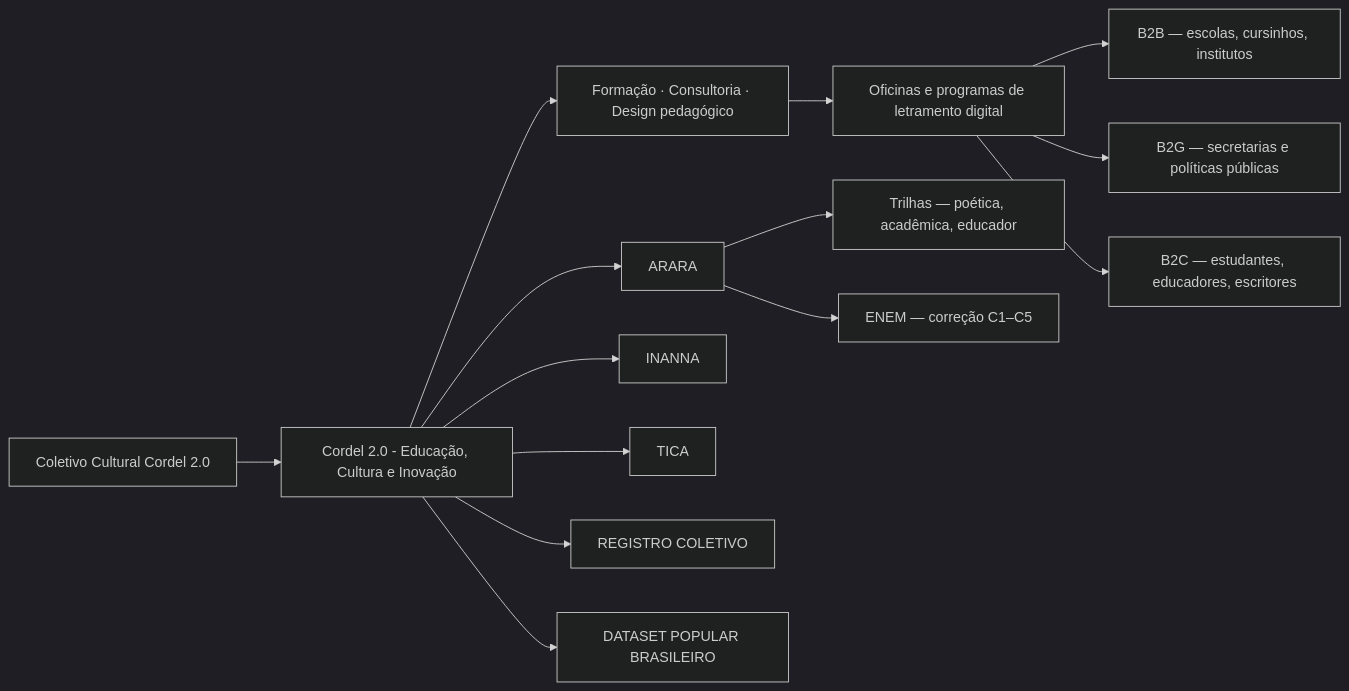
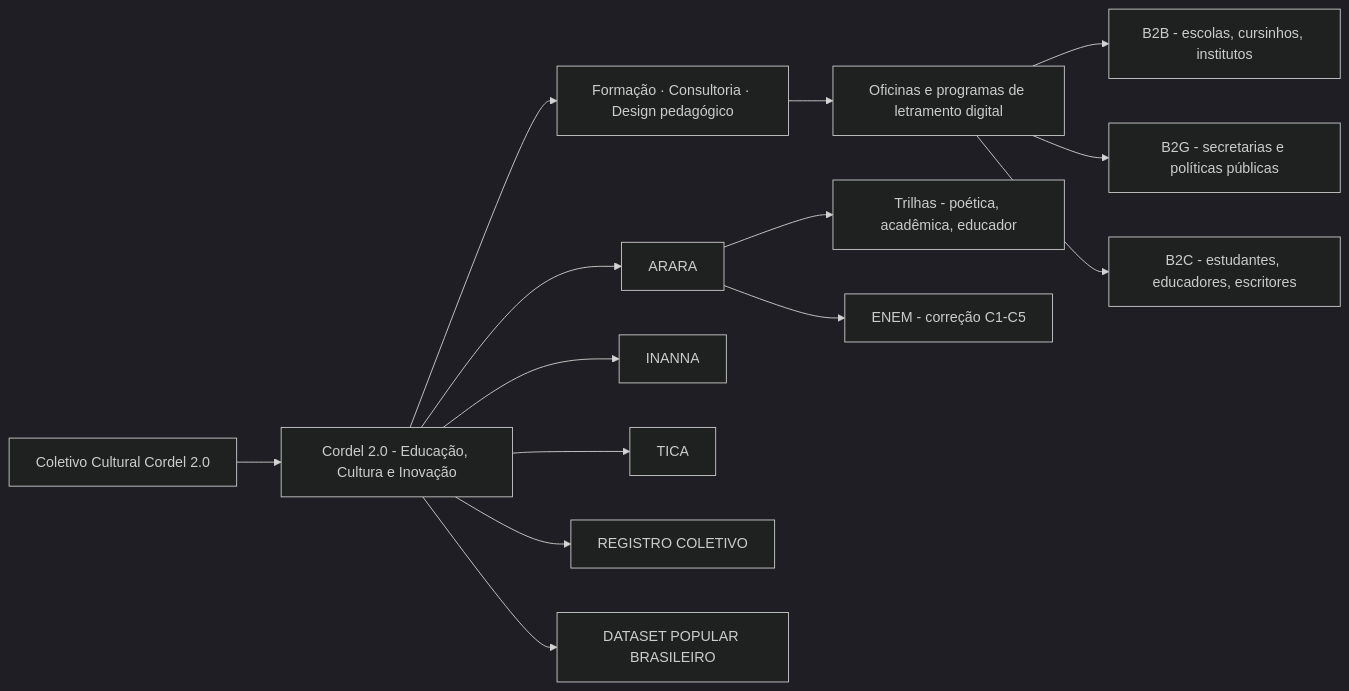
The diagram in README.md (Cordel2pontozero/cordel2pontozero), drawn with Mermaid (dark theme) before and after one commit. The commit also changed other lines of this file and 1 other file, not shown here.

````diff
--- a/README.md
+++ b/README.md
@@ -145,19 +148,19 @@
 ```mermaid
 flowchart LR
     A[Coletivo Cultural Cordel 2.0] --> B[Cordel 2.0 - Educação, Cultura e Inovação]
     B --> M[Formação · Consultoria · Design pedagógico]
     M --> N[Oficinas e programas de letramento digital]
 
     B --> C[ARARA]
-    C --> C1[Trilhas — poética, acadêmica, educador]
-    C --> C2[ENEM — correção C1–C5]
+    C --> C1[Trilhas - poética, acadêmica, educador]
+    C --> C2[ENEM - correção C1-C5]
 
     B --> D[INANNA]
     B --> E[TICA]
     B --> F[REGISTRO COLETIVO]
     B --> G[DATASET POPULAR BRASILEIRO]
 
-    N --> H[B2B — escolas, cursinhos, institutos]
-    N --> I[B2G — secretarias e políticas públicas]
-    N --> J[B2C — estudantes, educadores, escritores]
+    N --> H[B2B - escolas, cursinhos, institutos]
+    N --> I[B2G - secretarias e políticas públicas]
+    N --> J[B2C - estudantes, educadores, escritores]
 ```
````
